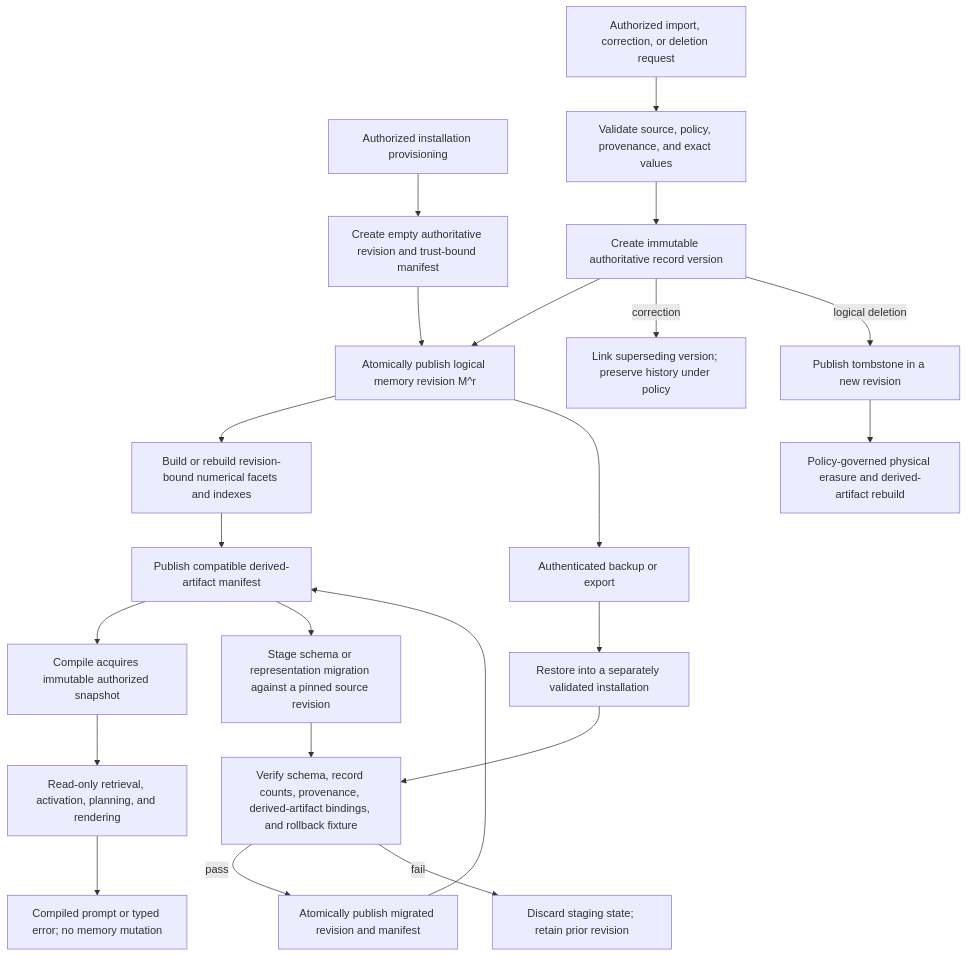
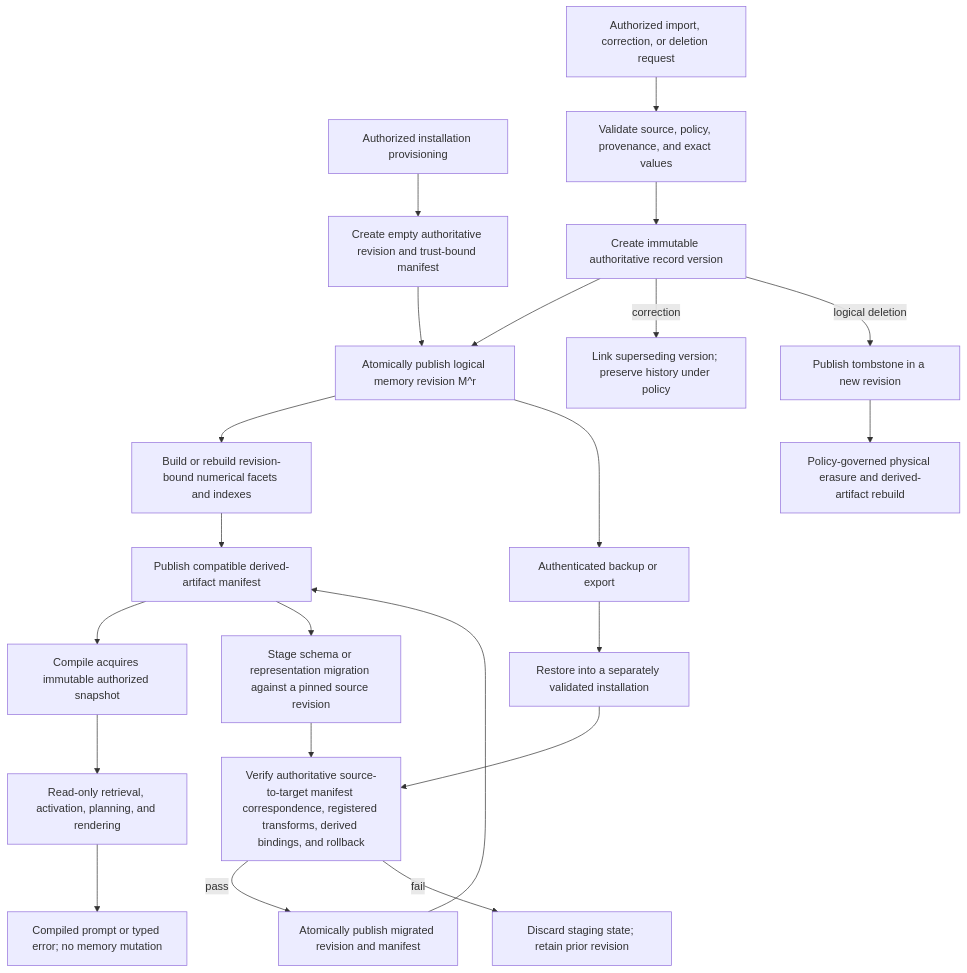
Before and after one commit to Lamentis-operating-systems/nemosyne: the third of 8 diagrams in docs/specifications/v1-reference-architecture.md, drawn with Mermaid. The commit also changed other lines of this file and 5 other files, not shown here.

Commit message:
Resolve V1 architecture review findings

````diff
--- a/docs/specifications/v1-reference-architecture.md
+++ b/docs/specifications/v1-reference-architecture.md
@@ -258,24 +260,24 @@
 ```mermaid
 flowchart TD
     NEW["Authorized installation provisioning"] --> INIT["Create empty authoritative revision and trust-bound manifest"]
     INIT --> PUB
     SRC["Authorized import, correction, or deletion request"] --> VAL["Validate source, policy, provenance, and exact values"]
     VAL --> VER["Create immutable authoritative record version"]
     VER --> PUB["Atomically publish logical memory revision M^r"]
     PUB --> NUM["Build or rebuild revision-bound numerical facets and indexes"]
     NUM --> READY["Publish compatible derived-artifact manifest"]
     READY --> SNAP["Compile acquires immutable authorized snapshot"]
     SNAP --> READ["Read-only retrieval, activation, planning, and rendering"]
     READ --> OUT["Compiled prompt or typed error; no memory mutation"]
     VER -->|correction| SUP["Link superseding version; preserve history under policy"]
     VER -->|logical deletion| TOMB["Publish tombstone in a new revision"]
     TOMB --> ERASE["Policy-governed physical erasure and derived-artifact rebuild"]
     PUB --> BAK["Authenticated backup or export"]
     BAK --> REST["Restore into a separately validated installation"]
     READY --> MIG["Stage schema or representation migration against a pinned source revision"]
-    MIG --> MVERIFY["Verify schema, record counts, provenance, derived-artifact bindings, and rollback fixture"]
+    MIG --> MVERIFY["Verify authoritative source-to-target manifest correspondence, registered transforms, derived bindings, and rollback"]
     MVERIFY -->|pass| MPUB["Atomically publish migrated revision and manifest"]
     MVERIFY -->|fail| MROLL["Discard staging state; retain prior revision"]
     MPUB --> READY
     REST --> MVERIFY
 ```
````
